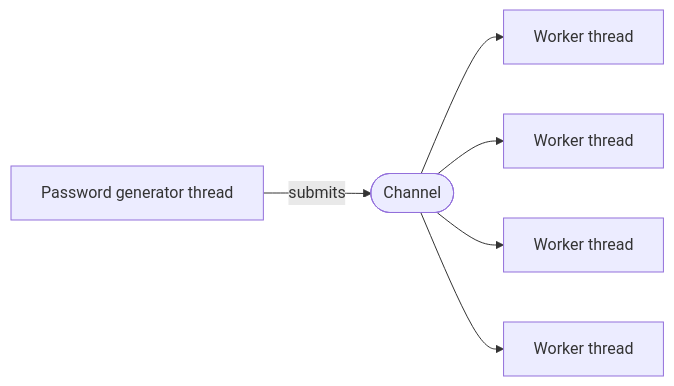
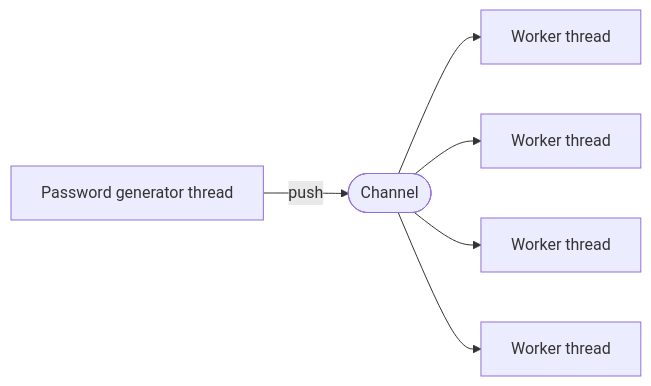
The diagram in README.md (ryuma017/brute-forcing-zip-password), drawn with Mermaid before and after one commit. The commit also changed other lines of this file, not shown here.

Commit message:
README.md: fix

````diff
--- a/README.md
+++ b/README.md
@@ -15,16 +15,16 @@
 ```mermaid
 graph LR;
 
 A[Password generator thread]
 B([Channel])
 1[Worker thread]
 2[Worker thread]
 3[Worker thread]
 4[Worker thread]
 
-A -->|submits| B
+A -->|push| B
 B --> 1
 B --> 2
 B --> 3
 B --> 4
 ```
````
